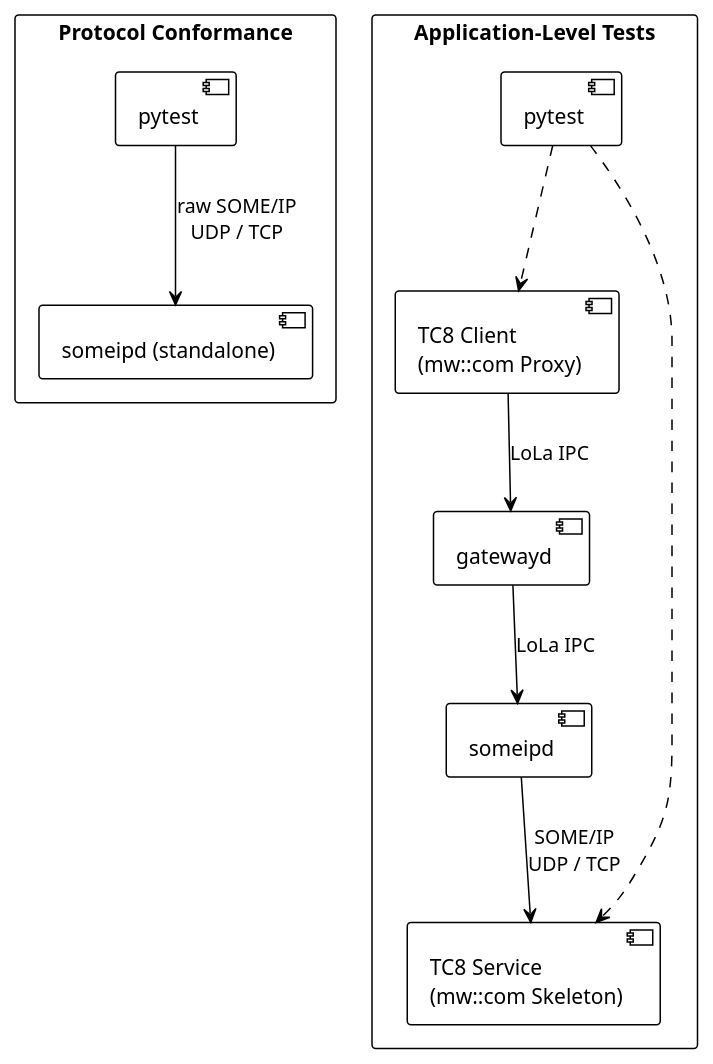
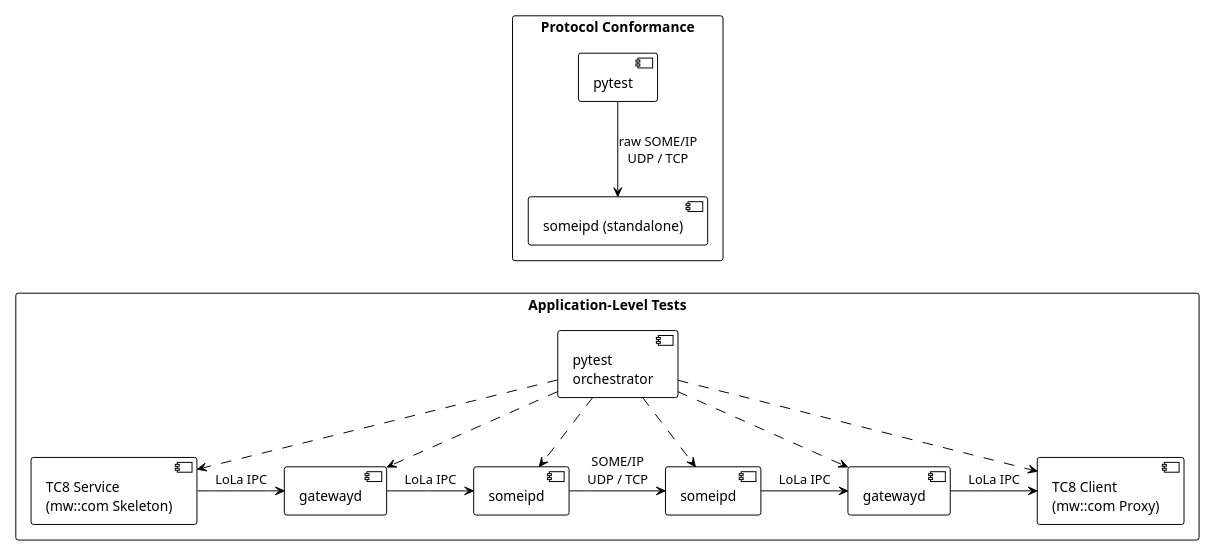
The first of 7 diagrams in docs/architecture/tc8_conformance_testing.rst (eclipse-score/inc_someip_gateway), drawn with PlantUML before and after one commit. The commit also changed other lines of this file and 5 other files, not shown here.

Commit message:
docs: trim TC8 architecture doc and move coverage to traceability.

```diff
--- a/docs/architecture/tc8_conformance_testing.rst
+++ b/docs/architecture/tc8_conformance_testing.rst
@@ -39,26 +39,40 @@
 .. uml::
 
    @startuml
    !theme plain
+   scale max 800 width
    skinparam packageStyle rectangle
 
    package "Protocol Conformance" {
      [pytest] as L1Test
      [someipd (standalone)] as L1DUT
      L1Test -down-> L1DUT : raw SOME/IP\nUDP / TCP
    }
 
    package "Application-Level Tests" {
-     [pytest] as L2Orch
-     [TC8 Client\n(mw::com Proxy)] as L2Client
-     [gatewayd] as L2GW
-     [someipd] as L2SOMEIP
-     [TC8 Service\n(mw::com Skeleton)] as L2Service
+     [pytest\norchestrator] as L2Orch
 
-     L2Orch .down.> L2Client
-     L2Orch .down.> L2Service
-     L2Client -down-> L2GW : LoLa IPC
-     L2GW -down-> L2SOMEIP : LoLa IPC
-     L2SOMEIP -down-> L2Service : SOME/IP\nUDP / TCP
+     [TC8 Service\n(mw::com Skeleton)] as L2Svc
+     [gatewayd] as L2GW1
+     [someipd] as L2SD1
+
+     [someipd] as L2SD2
+     [gatewayd] as L2GW2
+     [TC8 Client\n(mw::com Proxy)] as L2Cli
+
+     L2Orch .down.> L2Svc
+     L2Orch .down.> L2GW1
+     L2Orch .down.> L2SD1
+     L2Orch .down.> L2SD2
+     L2Orch .down.> L2GW2
+     L2Orch .down.> L2Cli
+
+     L2Svc -right-> L2GW1 : LoLa IPC
+     L2GW1 -right-> L2SD1 : LoLa IPC
+     L2SD1 -right-> L2SD2 : SOME/IP\nUDP / TCP
+     L2SD2 -right-> L2GW2 : LoLa IPC
+     L2GW2 -right-> L2Cli : LoLa IPC
    }
+
+   L1DUT -[hidden]down-> L2Orch
    @enduml
```
